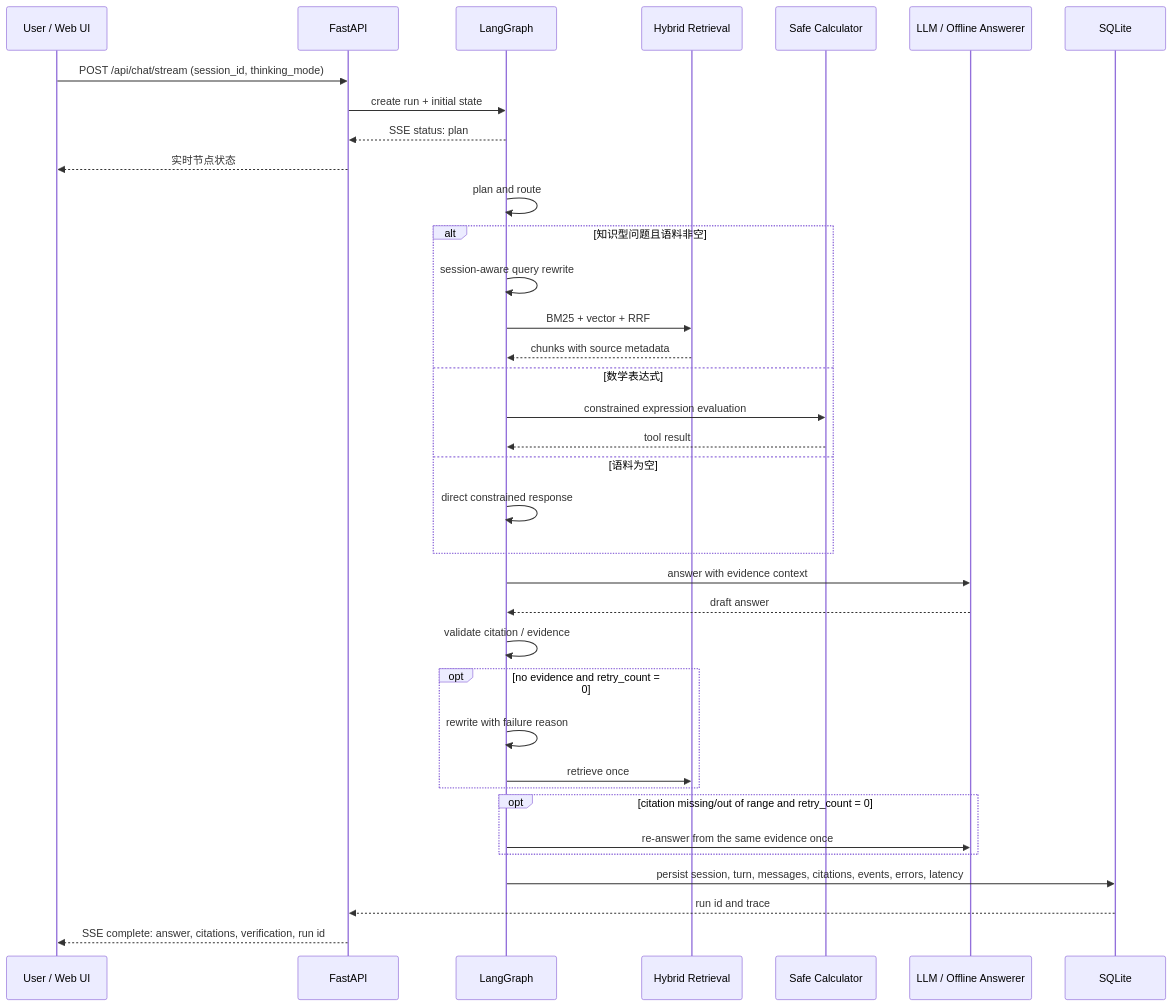
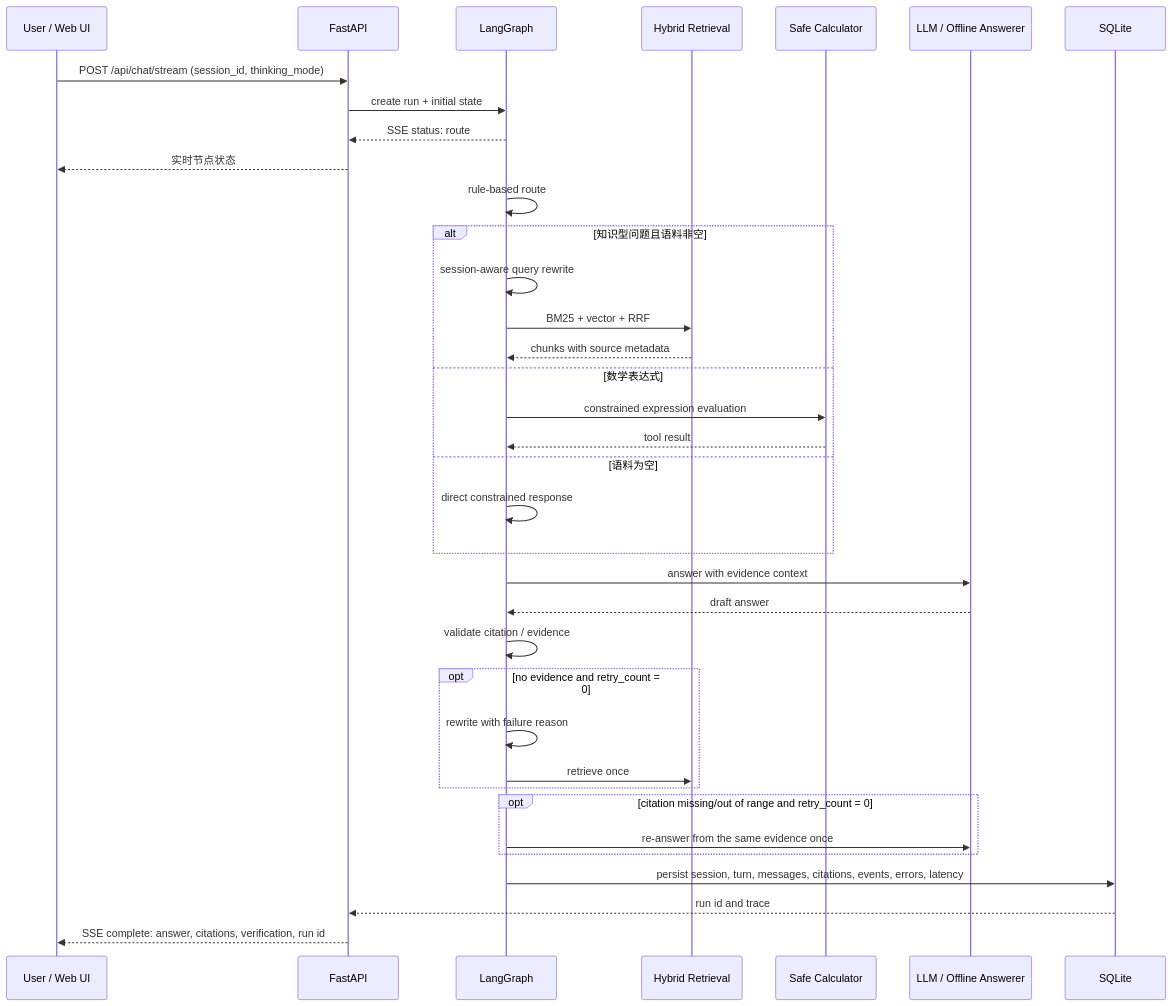
One commit to francis3253161180-maker/researchflow-agent changed the first of 2 diagrams in docs/architecture-and-decisions.md. Above: the diagram before and after it, drawn with Mermaid. The commit also changed other lines of this file and 15 other files, not shown here.

Commit message:
refactor: rename plan node to route

````diff
--- a/docs/architecture-and-decisions.md
+++ b/docs/architecture-and-decisions.md
@@ -29,39 +29,39 @@
 ```mermaid
 sequenceDiagram
     participant U as User / Web UI
     participant A as FastAPI
     participant G as LangGraph
     participant R as Hybrid Retrieval
     participant T as Safe Calculator
     participant L as LLM / Offline Answerer
     participant D as SQLite
 
     U->>A: POST /api/chat/stream (session_id, thinking_mode)
     A->>G: create run + initial state
-    G-->>A: SSE status: plan
+    G-->>A: SSE status: route
     A-->>U: 实时节点状态
-    G->>G: plan and route
+    G->>G: rule-based route
     alt 知识型问题且语料非空
         G->>G: session-aware query rewrite
         G->>R: BM25 + vector + RRF
         R-->>G: chunks with source metadata
     else 数学表达式
         G->>T: constrained expression evaluation
         T-->>G: tool result
     else 语料为空
         G->>G: direct constrained response
     end
     G->>L: answer with evidence context
     L-->>G: draft answer
     G->>G: validate citation / evidence
     opt no evidence and retry_count = 0
         G->>G: rewrite with failure reason
         G->>R: retrieve once
     end
     opt citation missing/out of range and retry_count = 0
         G->>L: re-answer from the same evidence once
     end
     G->>D: persist session, turn, messages, citations, events, errors, latency
     D-->>A: run id and trace
     A-->>U: SSE complete: answer, citations, verification, run id
 ```
````
